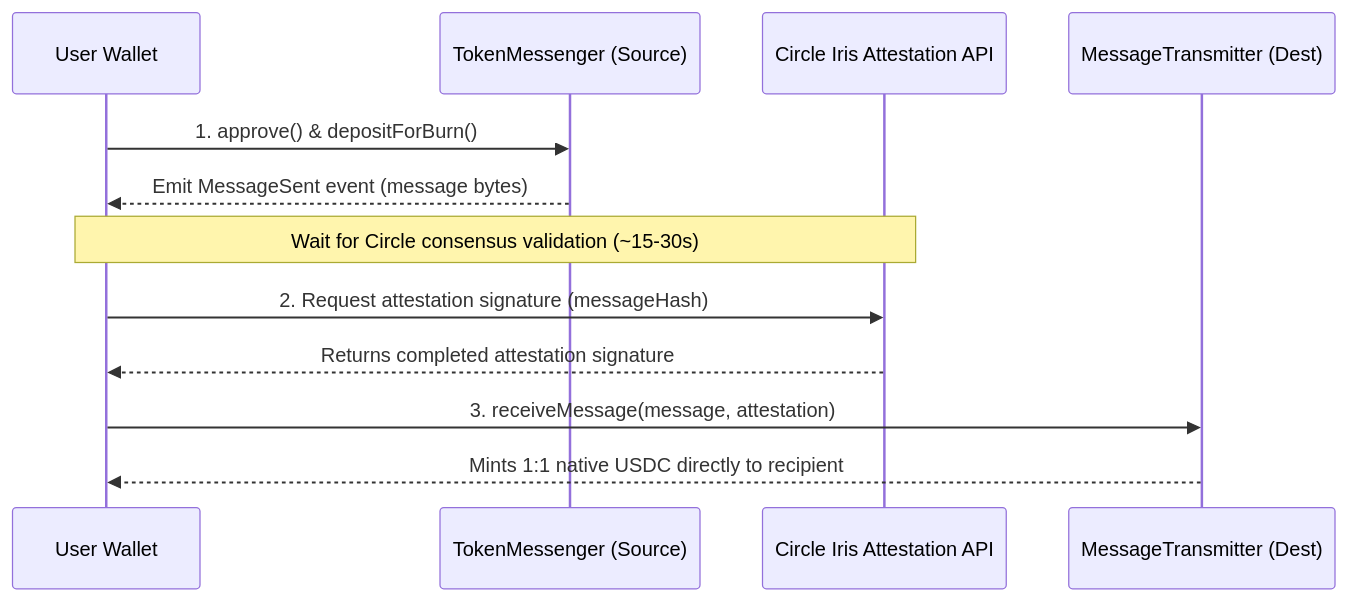
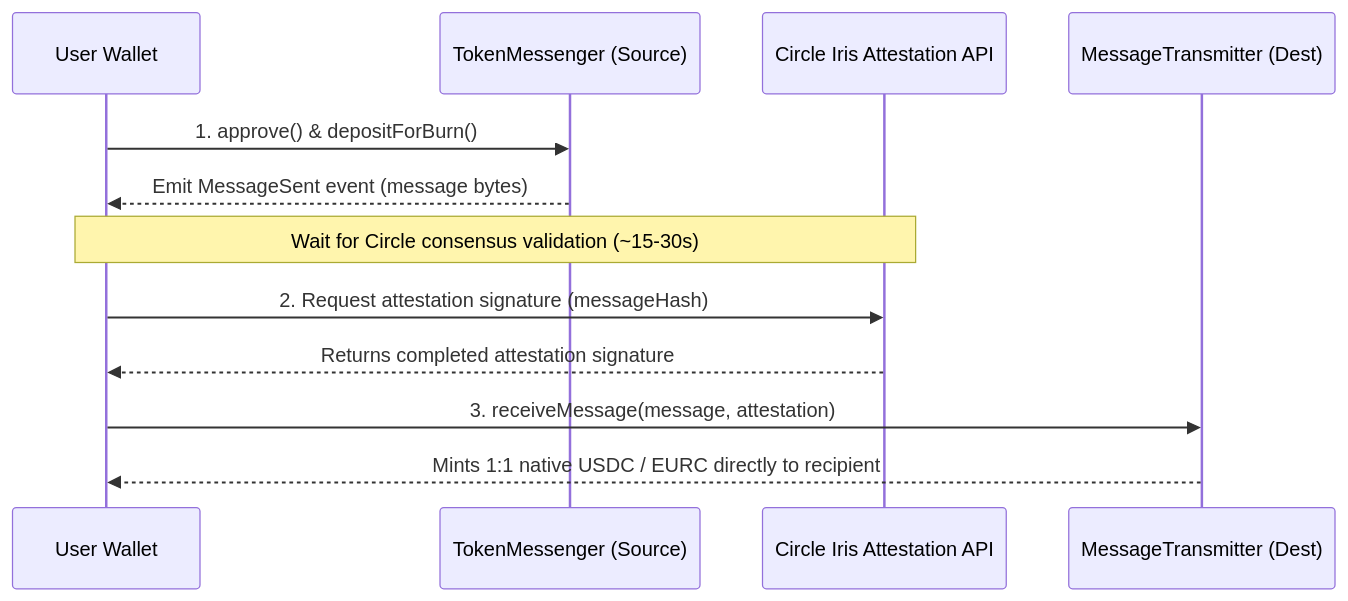
The diagram in docs/06-bridge.md (kellycryptos/SynArc), drawn with Mermaid before and after one commit. The commit also changed other lines of this file and 16 other files, not shown here.

````diff
--- a/docs/06-bridge.md
+++ b/docs/06-bridge.md
@@ -31,15 +32,15 @@
 ```mermaid
 sequenceDiagram
     participant User as User Wallet
     participant Messenger as TokenMessenger (Source)
     participant Iris as Circle Iris Attestation API
     participant Transmitter as MessageTransmitter (Dest)
 
     User->>Messenger: 1. approve() & depositForBurn()
     Messenger-->>User: Emit MessageSent event (message bytes)
     Note over User,Iris: Wait for Circle consensus validation (~15-30s)
     User->>Iris: 2. Request attestation signature (messageHash)
     Iris-->>User: Returns completed attestation signature
     User->>Transmitter: 3. receiveMessage(message, attestation)
-    Transmitter-->>User: Mints 1:1 native USDC directly to recipient
+    Transmitter-->>User: Mints 1:1 native USDC / EURC directly to recipient
 ```
````
